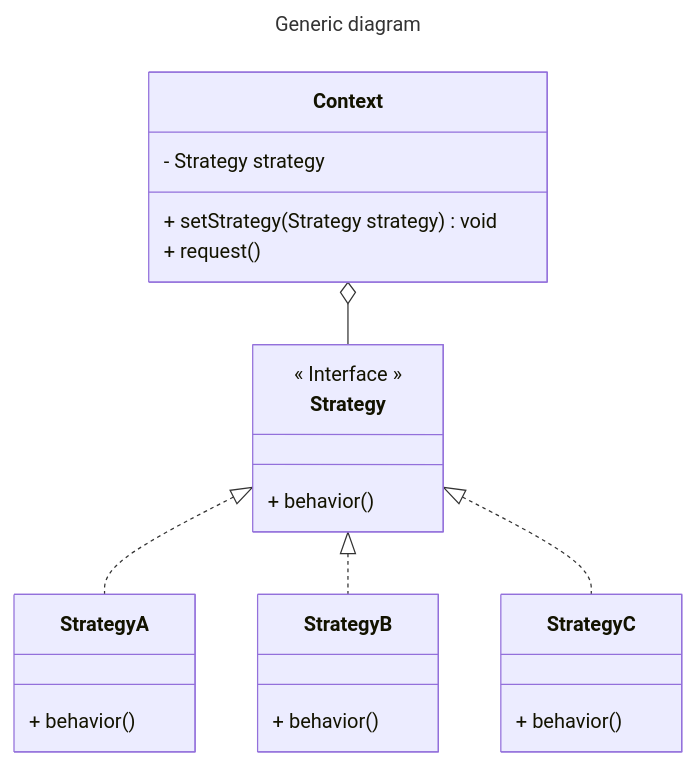
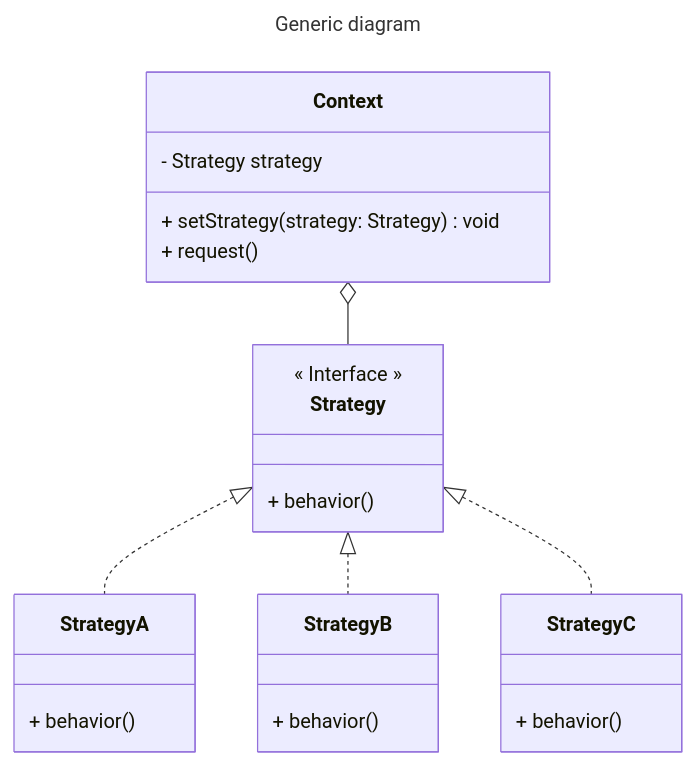
Before and after one commit to mariannactx/design-patterns-ts: the first of 2 diagrams in docs/patterns/behavioral/strategy.md, drawn with Mermaid. The commit also changed other lines of this file and 1 other file, not shown here.

Commit message:
fix diagram for typescript syntax

````diff
--- a/docs/patterns/behavioral/strategy.md
+++ b/docs/patterns/behavioral/strategy.md
@@ -9,35 +9,35 @@
 ```mermaid
 ---
 title: Generic diagram
 ---
 classDiagram
 direction TB
 
 class Context {
     - Strategy strategy
-    + setStrategy(Strategy strategy) void
+    + setStrategy(strategy: Strategy) void
     + request()
 }
 
 class Strategy {
     << Interface >>
     + behavior()
 }
 
 class StrategyA {
     + behavior()
 }
 
 class StrategyB {
     + behavior()
 }
 
 class StrategyC {
     + behavior()
 }
 
 Context o-- Strategy
 Strategy <|.. StrategyA
 Strategy <|.. StrategyB
 Strategy <|.. StrategyC
 ```
````
